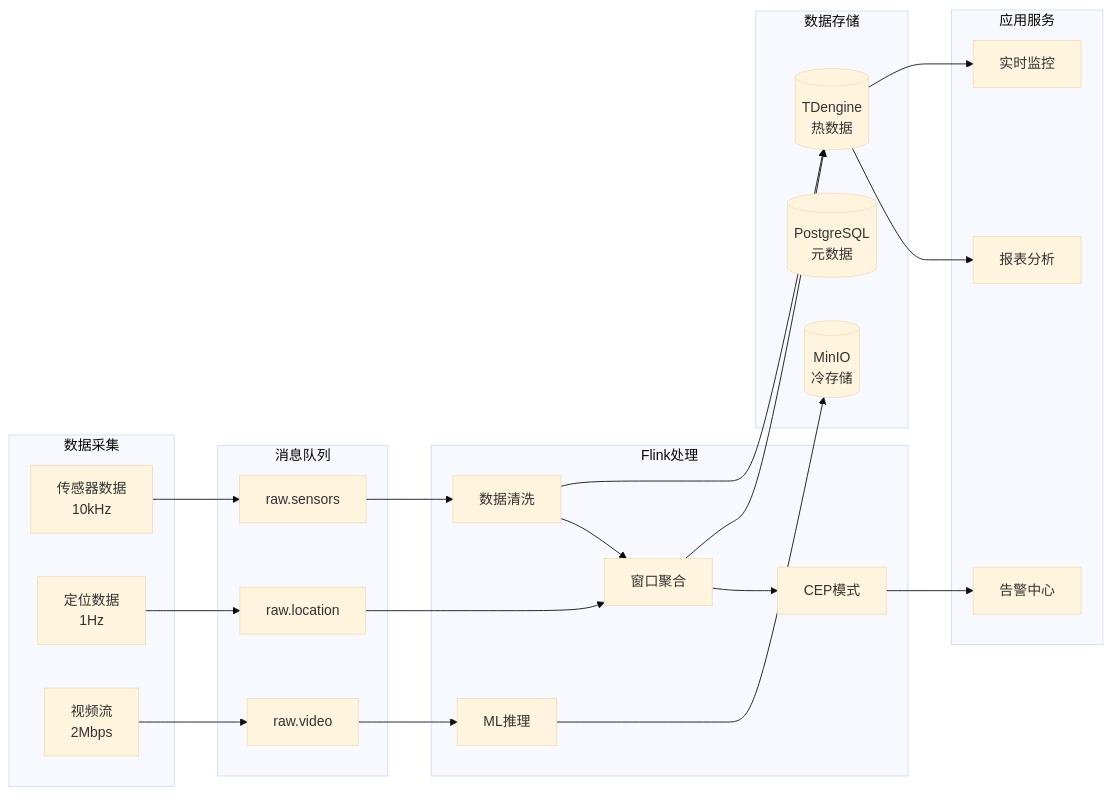
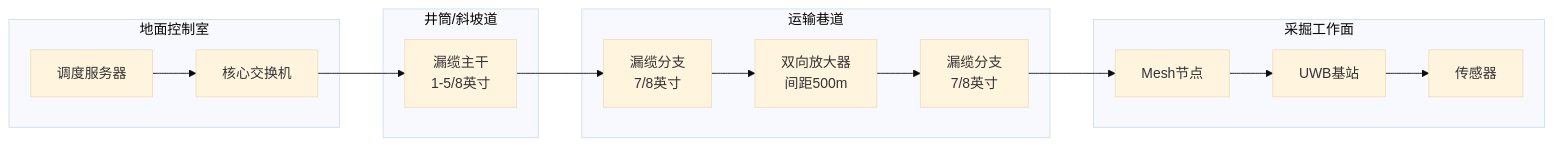
The fourth of 6 diagrams in Flink-IoT-Authority-Alignment/Phase-11-Mining-Oil-Gas/case-mining-oilgas-complete.md (AdaMartin18010/AnalysisDataFlow), drawn with Mermaid (base theme) before and after one commit. The commit also changed other lines of this file and 8 other files, not shown here.

````diff
--- a/Flink-IoT-Authority-Alignment/Phase-11-Mining-Oil-Gas/case-mining-oilgas-complete.md
+++ b/Flink-IoT-Authority-Alignment/Phase-11-Mining-Oil-Gas/case-mining-oilgas-complete.md
@@ -3048,42 +641,27 @@
 ```mermaid
-flowchart LR
-    subgraph 采集[数据采集]
-        I1[传感器数据<br/>10kHz]
-        I2[定位数据<br/>1Hz]
-        I3[视频流<br/>2Mbps]
+graph LR
+    subgraph 地面[地面控制室]
+        G1[调度服务器]
+        G2[核心交换机]
     end
 
-    subgraph Kafka[消息队列]
-        K1[raw.sensors]
-        K2[raw.location]
-        K3[raw.video]
+    subgraph 井筒[井筒/斜坡道]
+        S1[漏缆主干<br/>1-5/8英寸]
     end
 
-    subgraph Flink[Flink处理]
-        F1[数据清洗]
-        F2[窗口聚合]
-        F3[CEP模式]
-        F4[ML推理]
+    subgraph 巷道[运输巷道]
+        T1[漏缆分支<br/>7/8英寸]
+        T2[双向放大器<br/>间距500m]
+        T3[漏缆分支<br/>7/8英寸]
     end
 
-    subgraph 存储[数据存储]
-        S1[(TDengine<br/>热数据)]
-        S2[(PostgreSQL<br/>元数据)]
-        S3[(MinIO<br/>冷存储)]
+    subgraph 工作面[采掘工作面]
+        W1[Mesh节点]
+        W2[UWB基站]
+        W3[传感器]
     end
 
-    subgraph 应用[应用服务]
-        A1[实时监控]
-        A2[告警中心]
-        A3[报表分析]
-    end
-
-    I1 --> K1 --> F1 --> S1
-    I2 --> K2 --> F2 --> S1
-    I3 --> K3 --> F4 --> S3
-
-    F1 --> F2 --> F3
-    F3 --> A2
-    S1 --> A1
-    S1 --> A3
+    G1 --> G2 --> S1
+    S1 --> T1 --> T2 --> T3
+    T3 --> W1 --> W2 --> W3
 ```
````
